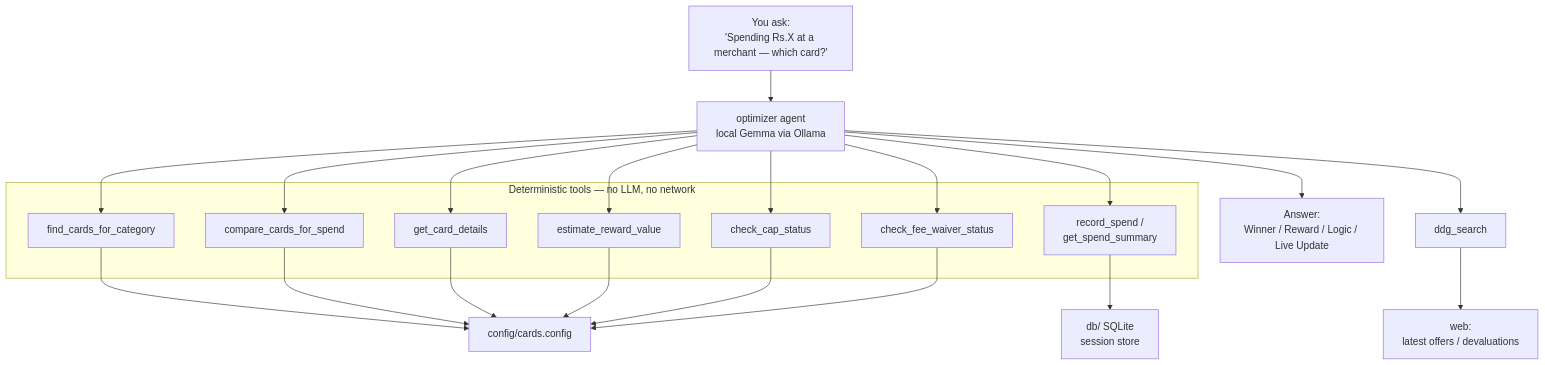
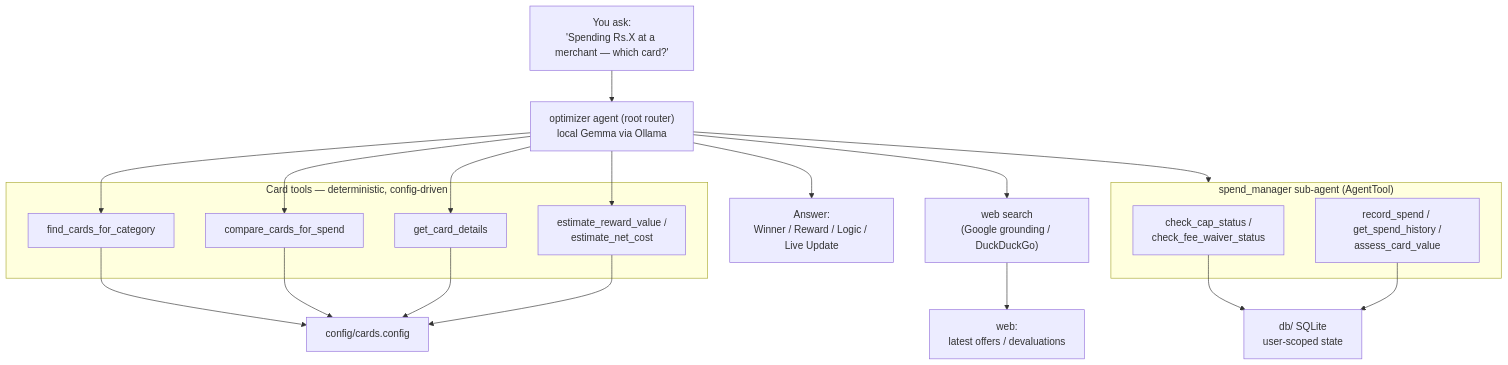
The diagram in README.md (indranildchandra/secure-credit-card-rewards-optimiser), drawn with Mermaid before and after one commit. The commit also changed other lines of this file and 6 other files, not shown here.

````diff
--- a/README.md
+++ b/README.md
@@ -119,34 +121,33 @@
 ```mermaid
 flowchart TD
-    U["You ask:<br/>'Spending Rs.X at a merchant — which card?'"] --> AG["optimizer agent<br/>local Gemma via Ollama"]
+    U["You ask:<br/>'Spending Rs.X at a merchant — which card?'"] --> AG["optimizer agent (root router)<br/>local Gemma via Ollama"]
 
-    subgraph Tools["Deterministic tools — no LLM, no network"]
+    subgraph Card["Card tools — deterministic, config-driven"]
         R["find_cards_for_category"]
         CMP["compare_cards_for_spend"]
         D["get_card_details"]
-        V["estimate_reward_value"]
-        C["check_cap_status"]
-        FW["check_fee_waiver_status"]
-        SP["record_spend /<br/>get_spend_summary"]
+        V["estimate_reward_value /<br/>estimate_net_cost"]
+    end
+
+    subgraph Spend["spend_manager sub-agent (AgentTool)"]
+        SC["check_cap_status /<br/>check_fee_waiver_status"]
+        SR["record_spend / get_spend_history /<br/>assess_card_value"]
     end
 
     AG --> R
     AG --> CMP
     AG --> D
     AG --> V
-    AG --> C
-    AG --> FW
-    AG --> SP
-    AG --> WS["ddg_search"]
+    AG --> Spend
+    AG --> WS["web search<br/>(Google grounding / DuckDuckGo)"]
 
     R --> CFG["config/cards.config"]
     CMP --> CFG
     D --> CFG
     V --> CFG
-    C --> CFG
-    FW --> CFG
-    SP --> DB["db/ SQLite<br/>session store"]
+    SC --> DB["db/ SQLite<br/>user-scoped state"]
+    SR --> DB
     WS --> NET["web:<br/>latest offers / devaluations"]
 
     AG --> ANS["Answer:<br/>Winner / Reward / Logic / Live Update"]
 ```
````
